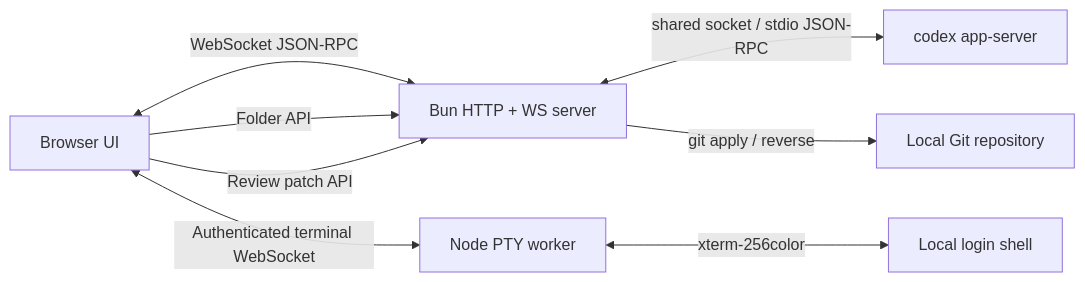
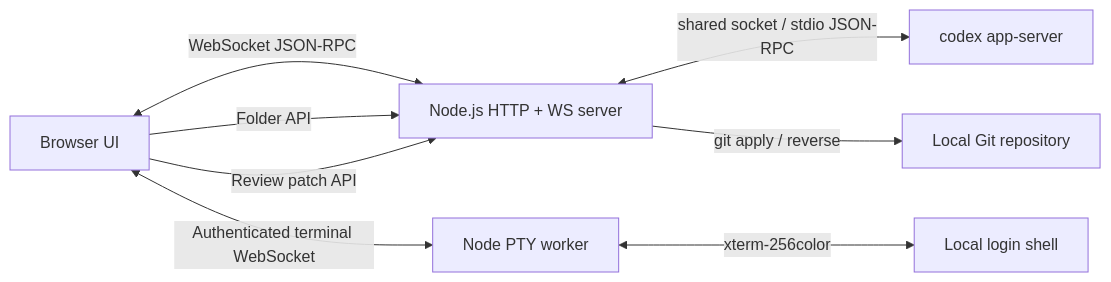
Before and after one commit to trah01/codex-cli-webui: the diagram in README.md, drawn with Mermaid. The commit also changed other lines of this file and 66 other files, not shown here.

````diff
--- a/README.md
+++ b/README.md
@@ -179,10 +176,10 @@
 ```mermaid
 flowchart LR
-    Browser[Browser UI] <-->|WebSocket JSON-RPC| Server[Bun HTTP + WS server]
+    Browser[Browser UI] <-->|WebSocket JSON-RPC| Server[Node.js HTTP + WS server]
     Server <-->|shared socket / stdio JSON-RPC| Codex[codex app-server]
     Browser <-->|Authenticated terminal WebSocket| PTY[Node PTY worker]
     PTY <-->|xterm-256color| Shell[Local login shell]
     Browser -->|Folder API| Server
     Browser -->|Review patch API| Server
     Server -->|git apply / reverse| Repo[Local Git repository]
 ```
````
